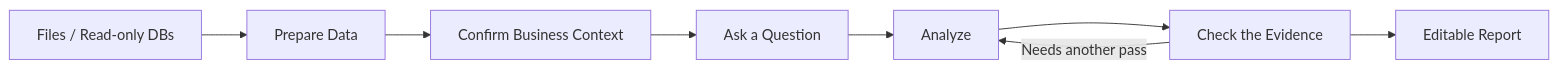
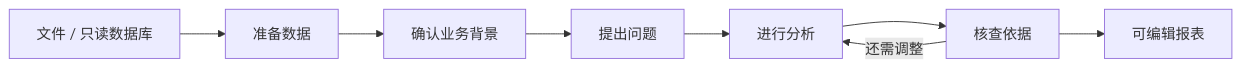
The diagram in README.md (MoonMao42/ReceiptBI), drawn with Mermaid before and after one commit. The commit also changed other lines of this file and 3 other files, not shown here.

````diff
--- a/README.md
+++ b/README.md
@@ -20,10 +24,10 @@
 ```mermaid
 flowchart LR
-    data["Files / Read-only DBs"] --> prep["Prepare Data"]
-    prep --> semantic["Confirm Business Context"]
-    semantic --> ask["Ask a Question"]
-    ask --> run["Analyze"]
-    run --> validate["Check the Evidence"]
-    validate -->|Needs another pass| run
-    validate --> report["Editable Report"]
+    data["文件 / 只读数据库"] --> prep["准备数据"]
+    prep --> semantic["确认业务背景"]
+    semantic --> ask["提出问题"]
+    ask --> run["进行分析"]
+    run --> validate["核查依据"]
+    validate -->|还需调整| run
+    validate --> report["可编辑报表"]
 ```
````
